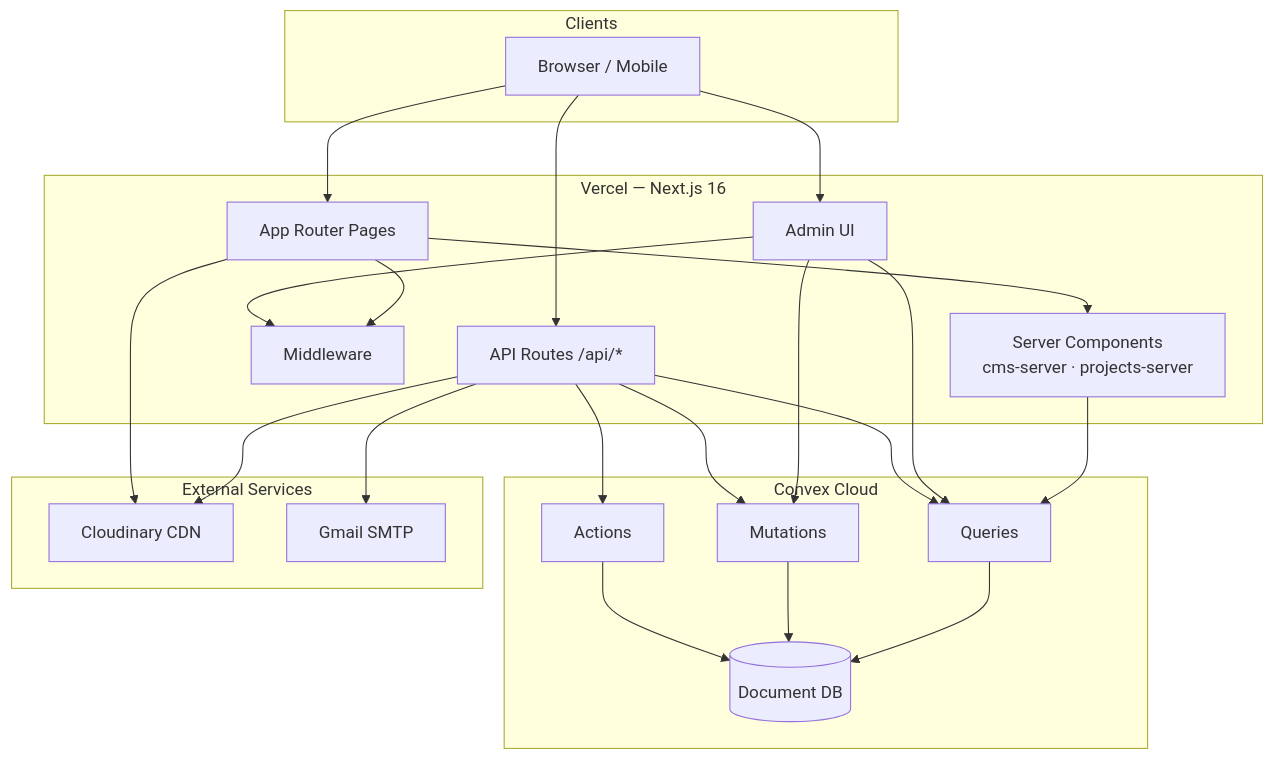
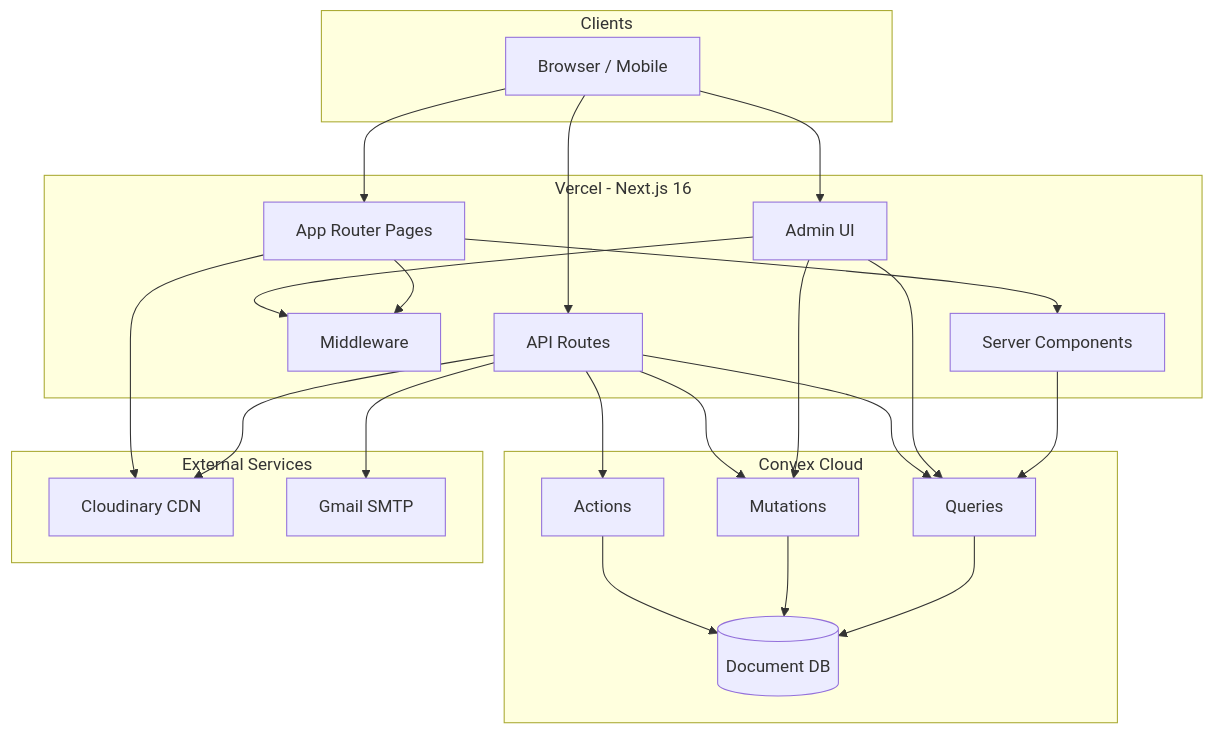
The first of 15 diagrams in README.md (mawlid1431/Portfolio), drawn with Mermaid before and after one commit. The commit also changed other lines of this file, not shown here.

````diff
--- a/README.md
+++ b/README.md
@@ -112,35 +114,45 @@
 ```mermaid
 flowchart TB
   subgraph Clients["Clients"]
     Browser["Browser / Mobile"]
   end
 
-  subgraph Vercel["Vercel — Next.js 16"]
+  subgraph Vercel["Vercel - Next.js 16"]
     Pages["App Router Pages"]
     AdminUI["Admin UI"]
-    API["API Routes /api/*"]
+    API["API Routes"]
     MW["Middleware"]
-    SSR["Server Components<br/>cms-server · projects-server"]
+    SSR["Server Components"]
   end
 
-  subgraph Convex["Convex Cloud"]
+  subgraph ConvexCloud["Convex Cloud"]
     Q["Queries"]
     M["Mutations"]
-    A["Actions"]
+    Act["Actions"]
     DB[("Document DB")]
   end
 
   subgraph External["External Services"]
     CL["Cloudinary CDN"]
     SMTP["Gmail SMTP"]
   end
 
-  Browser --> Pages & AdminUI & API
-  Pages & AdminUI --> MW
-  Pages --> SSR --> Q
-  AdminUI --> Q & M
-  API --> A & Q & M
-  Q & M & A --> DB
-  API --> CL & SMTP
+  Browser --> Pages
+  Browser --> AdminUI
+  Browser --> API
+  Pages --> MW
+  AdminUI --> MW
+  Pages --> SSR
+  SSR --> Q
+  AdminUI --> Q
+  AdminUI --> M
+  API --> Act
+  API --> Q
+  API --> M
+  Q --> DB
+  M --> DB
+  Act --> DB
+  API --> CL
+  API --> SMTP
   Pages --> CL
 ```
````
